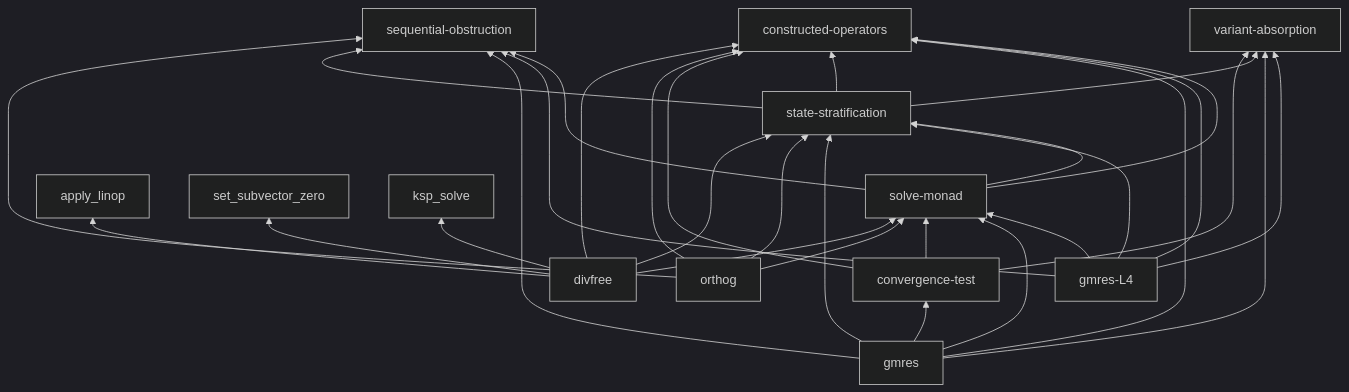
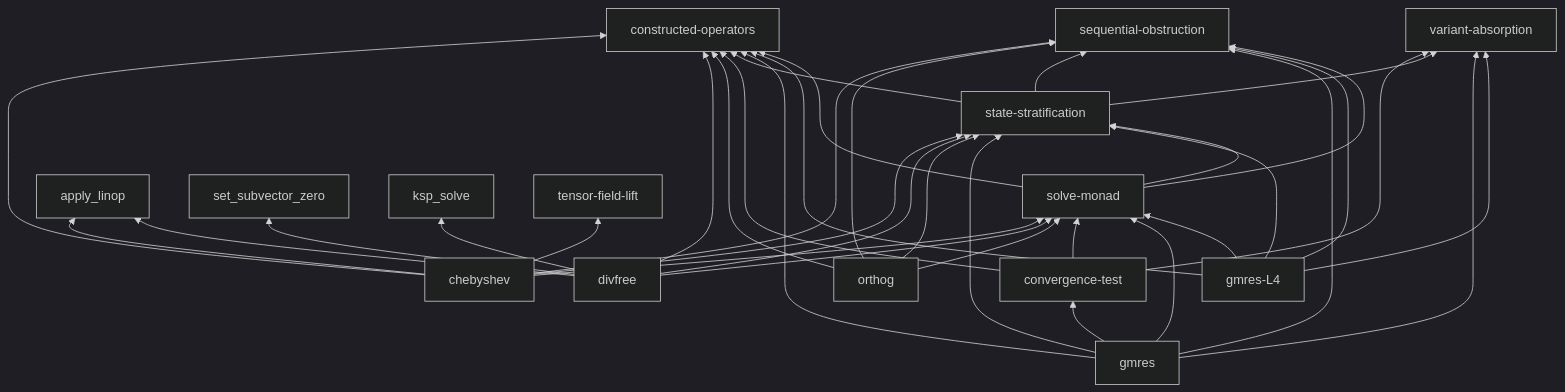
Before and after one commit to crutcher/palace_whiteroom: the fifth of 5 diagrams in book/src/concepts/dependency-map.md, drawn with Mermaid (dark theme). The commit also changed 5 other files, not shown here.

````diff
--- a/book/src/concepts/dependency-map.md
+++ b/book/src/concepts/dependency-map.md
@@ -142,33 +142,39 @@
 ```mermaid
 graph BT
   solve-monad --> state-stratification
   solve-monad --> constructed-operators
   solve-monad --> sequential-obstruction
   gmres-L4 --> state-stratification
   gmres-L4 --> solve-monad
   gmres-L4 --> constructed-operators
   gmres-L4 --> variant-absorption
   gmres-L4 --> sequential-obstruction
   gmres --> state-stratification
   gmres --> solve-monad
   gmres --> constructed-operators
   gmres --> variant-absorption
   gmres --> sequential-obstruction
   state-stratification --> constructed-operators
   state-stratification --> variant-absorption
   state-stratification --> sequential-obstruction
   convergence-test --> constructed-operators
   convergence-test --> variant-absorption
   convergence-test --> solve-monad
   gmres --> convergence-test
   orthog --> state-stratification
   orthog --> solve-monad
   orthog --> constructed-operators
   orthog --> sequential-obstruction
   divfree --> solve-monad
   divfree --> state-stratification
   divfree --> constructed-operators
   divfree --> apply_linop
   divfree --> set_subvector_zero
   divfree --> ksp_solve
+  chebyshev --> solve-monad
+  chebyshev --> state-stratification
+  chebyshev --> constructed-operators
+  chebyshev --> apply_linop
+  chebyshev --> tensor-field-lift
+  chebyshev --> sequential-obstruction
 ```
````
